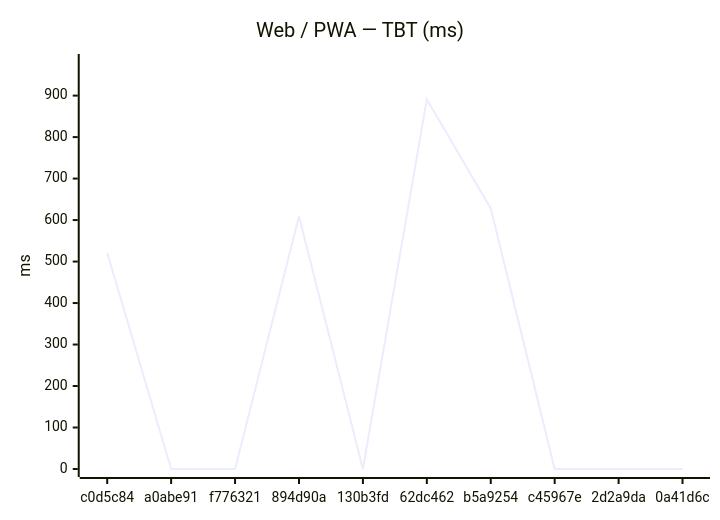
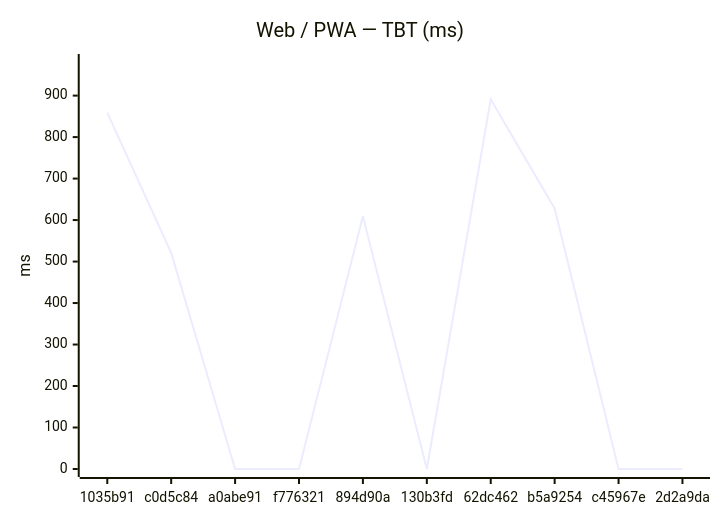
One commit to Metaheurist/Rianell changed the second of 18 diagrams in benchmarks/compare.md. Above: the diagram before and after it, drawn with Mermaid. The commit also changed other lines of this file and 11 other files, not shown here.

````diff
--- a/benchmarks/compare.md
+++ b/benchmarks/compare.md
@@ -31,7 +31,7 @@
 ```mermaid
 xychart-beta
     title "Web / PWA — TBT (ms)"
-    x-axis ["c0d5c84", "a0abe91", "f776321", "894d90a", "130b3fd", "62dc462", "b5a9254", "c45967e", "2d2a9da", "0a41d6c"]
+    x-axis ["1035b91", "c0d5c84", "a0abe91", "f776321", "894d90a", "130b3fd", "62dc462", "b5a9254", "c45967e", "2d2a9da"]
     y-axis "ms" 0 --> 981
-    line [521, 0, 0, 609, 0, 891, 628, 0, 0, 0]
+    line [859, 521, 0, 0, 609, 0, 891, 628, 0, 0]
 ```
````
